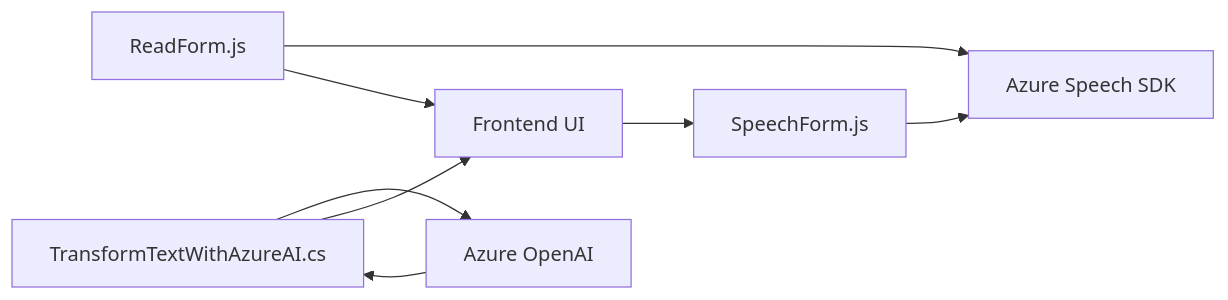
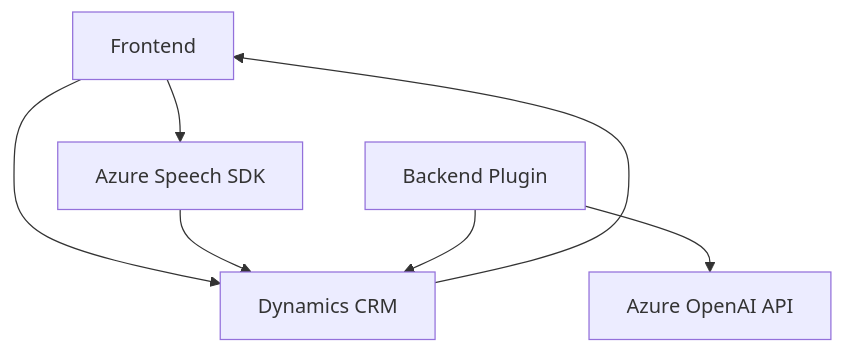
One commit to blopezdm/NETCORE_BILBAO2025 changed the diagram in README.md. Above: the diagram before and after it, drawn with Mermaid. The commit also changed other lines of this file, not shown here.

````diff
--- a/README.md
+++ b/README.md
@@ -46,17 +42,15 @@
 ```mermaid
-graph LR
-    SC["SpeechForm.js"]
-    RF["ReadForm.js"]
-    TP["TransformTextWithAzureAI.cs"]
-    Frontend["Frontend UI"]
-    SDK1["Azure Speech SDK"]
-    API1["Azure OpenAI"]
-
-    SC-->SDK1
-    RF-->SDK1
-    RF-->Frontend
-    Frontend-->SC
-    TP-->API1
-    TP-->Frontend
-    API1-->TP
+graph TD
+  A["Frontend"]
+  B["Azure Speech SDK"]
+  C["Backend Plugin"]
+  D["Dynamics CRM"]
+  E["Azure OpenAI API"]
+  
+  A --> B
+  A --> D
+  B --> D
+  C --> D
+  C --> E
+  D --> A
 ```
````
